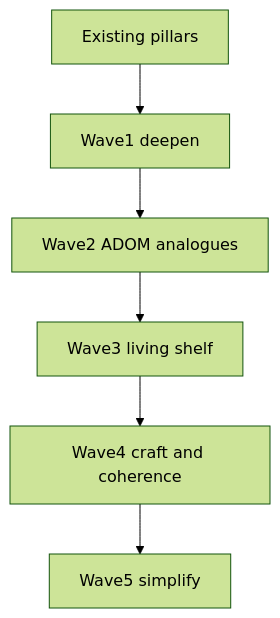
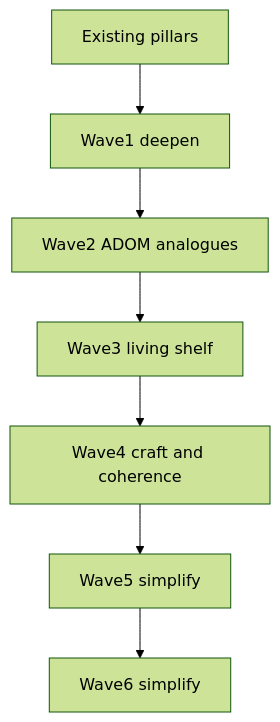
Before and after one commit to tomaszwojcikowski/extraction-window: the diagram in docs/ADOM_DEPTH.md, drawn with Mermaid (forest theme). The commit also changed other lines of this file and 19 other files, not shown here.

````diff
--- a/docs/ADOM_DEPTH.md
+++ b/docs/ADOM_DEPTH.md
@@ -9,10 +9,11 @@
 ```mermaid
 flowchart TB
   pillars[Existing pillars]
   wave1[Wave1 deepen]
   wave2[Wave2 ADOM analogues]
   wave3[Wave3 living shelf]
   wave4[Wave4 craft and coherence]
   wave5[Wave5 simplify]
-  pillars --> wave1 --> wave2 --> wave3 --> wave4 --> wave5
+  wave6[Wave6 simplify]
+  pillars --> wave1 --> wave2 --> wave3 --> wave4 --> wave5 --> wave6
 ```
````
